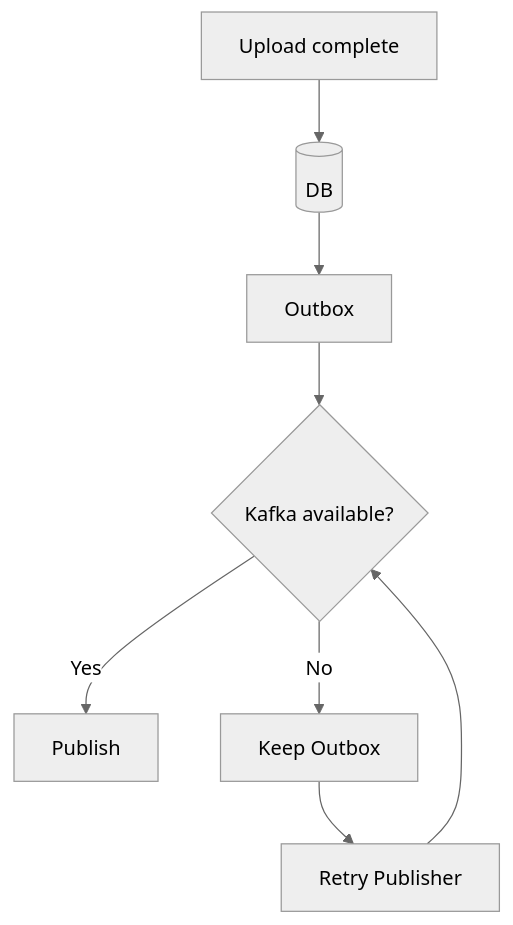
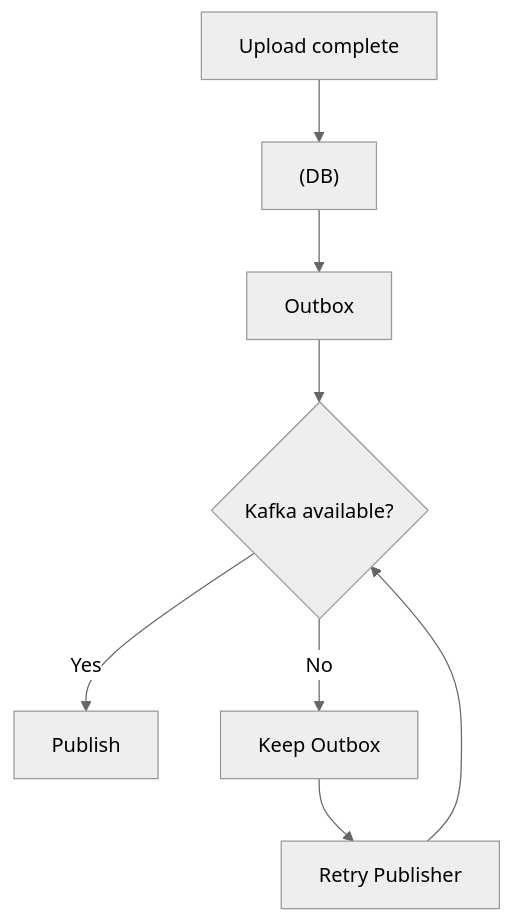
Before and after one commit to pankajThakur1874/studysheet: the tenth of 10 diagrams in files/System-Design-Questions/17-video_streaming_system_design.md, drawn with Mermaid (neutral theme). The commit also changed other lines of this file and 102 other files, not shown here.

Commit message:
Auto-fix Mermaid diagram syntax across all study guides to prevent Syntax Error in Mermaid v10

````diff
--- a/files/System-Design-Questions/17-video_streaming_system_design.md
+++ b/files/System-Design-Questions/17-video_streaming_system_design.md
@@ -820,10 +820,10 @@
 ```mermaid
 flowchart TD
-    A[Upload complete] --> B[(DB)]
+    A[Upload complete] --> B["(DB)"]
     B --> C[Outbox]
     C --> D{Kafka available?}
     D -->|Yes| E[Publish]
     D -->|No| F[Keep Outbox]
     F --> G[Retry Publisher]
     G --> D
 ```
````
